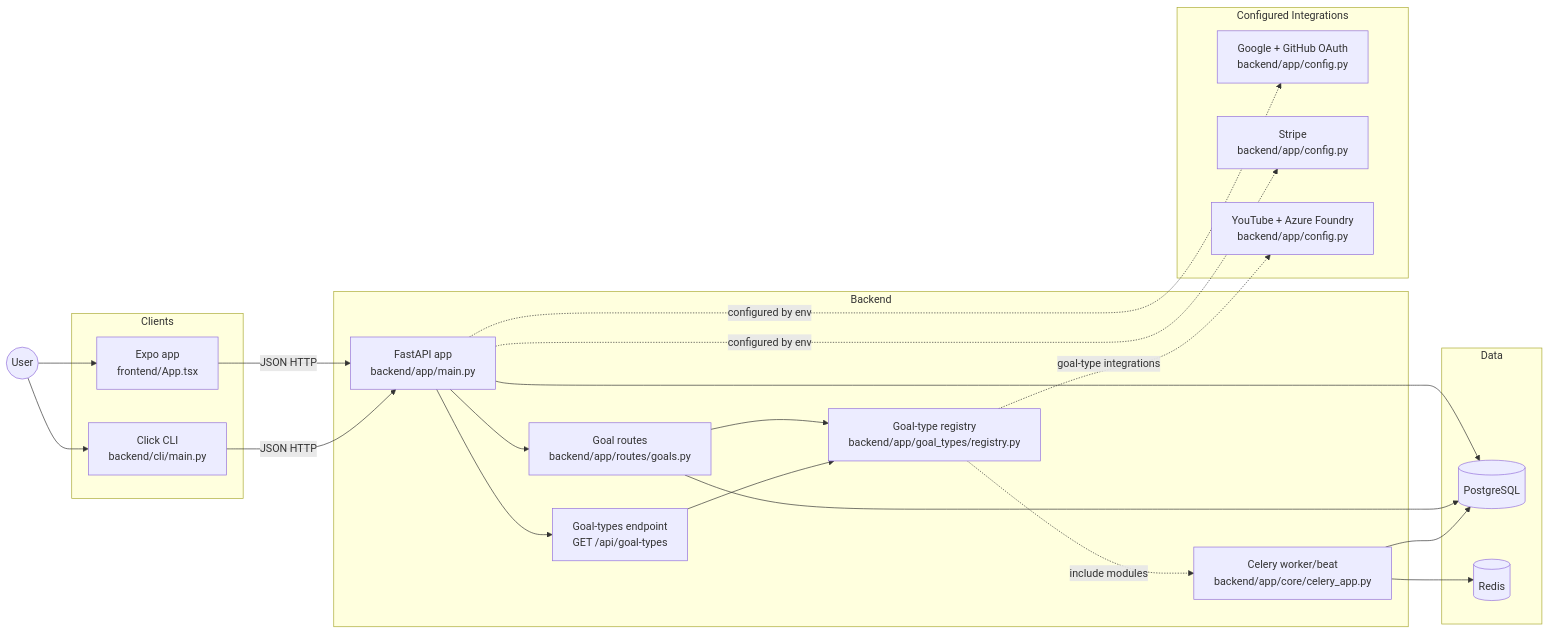
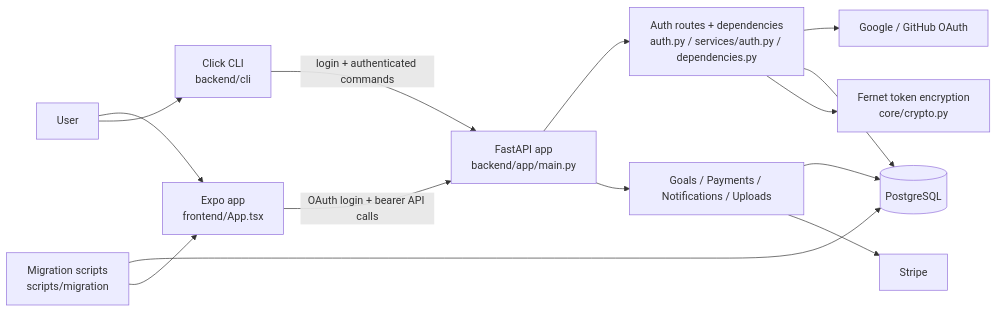
Before and after one commit to xvanov/sacrifice: the first of 2 diagrams in context/architecture-diagrams.md, drawn with Mermaid. The commit also changed other lines of this file and 11 other files, not shown here.

````diff
--- a/context/architecture-diagrams.md
+++ b/context/architecture-diagrams.md
@@ -5,45 +5,28 @@
 ```mermaid
 flowchart LR
-    User((User))
+    User[User]
+    MobileWeb[Expo app\nfrontend/App.tsx]
+    CLI[Click CLI\nbackend/cli]
+    OAuth[Google / GitHub OAuth]
+    API[FastAPI app\nbackend/app/main.py]
+    Auth[Auth routes + dependencies\nauth.py / services/auth.py / dependencies.py]
+    Product[Goals / Payments / Notifications / Uploads]
+    DB[(PostgreSQL)]
+    Crypto[Fernet token encryption\ncore/crypto.py]
+    Stripe[Stripe]
+    Migration[Migration scripts\nscripts/migration]
 
-    subgraph Clients
-        Mobile[Expo app\nfrontend/App.tsx]
-        CLI[Click CLI\nbackend/cli/main.py]
-    end
-
-    subgraph Backend
-        API[FastAPI app\nbackend/app/main.py]
-        Goals[Goal routes\nbackend/app/routes/goals.py]
-        GoalTypes[Goal-types endpoint\nGET /api/goal-types]
-        Registry[Goal-type registry\nbackend/app/goal_types/registry.py]
-        Workers[Celery worker/beat\nbackend/app/core/celery_app.py]
-    end
-
-    subgraph Data
-        Postgres[(PostgreSQL)]
-        Redis[(Redis)]
-    end
-
-    subgraph Configured Integrations
-        OAuth[Google + GitHub OAuth\nbackend/app/config.py]
-        Stripe[Stripe\nbackend/app/config.py]
-        External[YouTube + Azure Foundry\nbackend/app/config.py]
-    end
-
-    User --> Mobile
+    User --> MobileWeb
     User --> CLI
-    Mobile -->|JSON HTTP| API
-    CLI -->|JSON HTTP| API
-    API --> Goals
-    API --> GoalTypes
-    Goals --> Registry
-    GoalTypes --> Registry
-    API --> Postgres
-    Goals --> Postgres
-    Workers --> Redis
-    Workers --> Postgres
-    Registry -. include modules .-> Workers
-    API -. configured by env .-> OAuth
-    API -. configured by env .-> Stripe
-    Registry -. goal-type integrations .-> External
+    MobileWeb -->|OAuth login + bearer API calls| API
+    CLI -->|login + authenticated commands| API
+    API --> Auth
+    Auth --> OAuth
+    Auth --> DB
+    Auth --> Crypto
+    API --> Product
+    Product --> DB
+    Product --> Stripe
+    Migration --> DB
+    Migration --> MobileWeb
 ```
````
